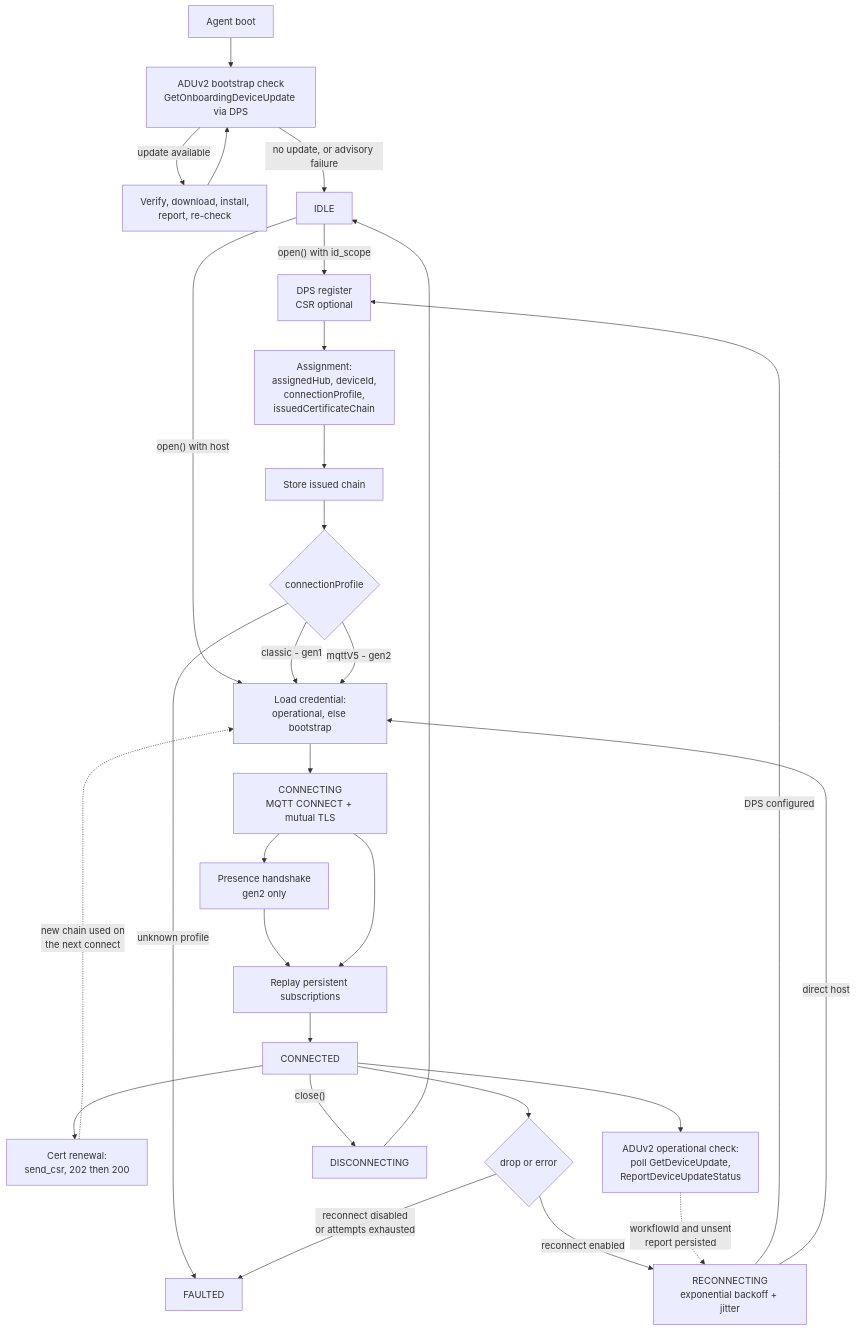
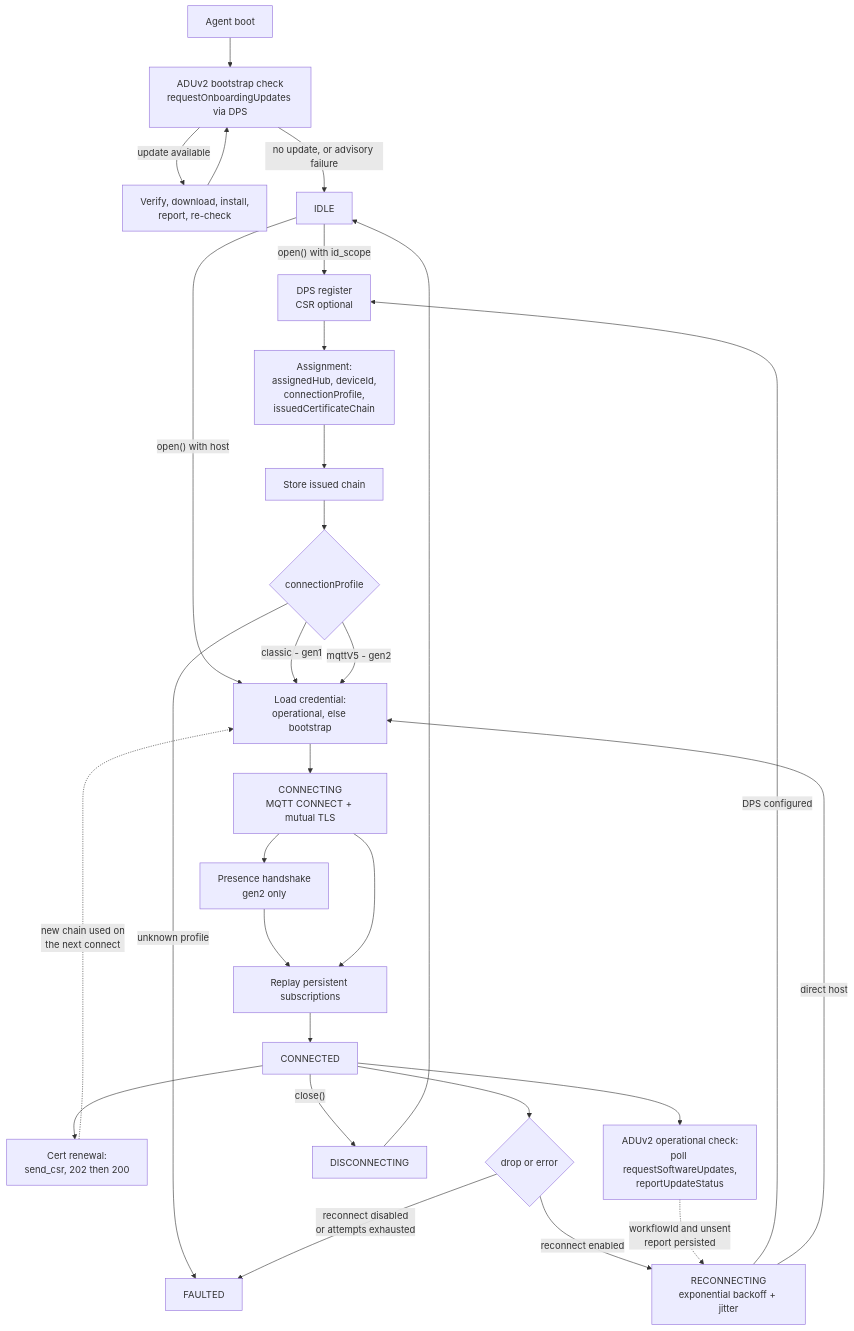
Before and after one commit to Azure/azure-iot-sdk: the ninth of 9 diagrams in c/docs/connection.md, drawn with Mermaid. The commit also changed other lines of this file and 3 other files, not shown here.

````diff
--- a/c/docs/connection.md
+++ b/c/docs/connection.md
@@ -506,36 +510,36 @@
 ```mermaid
 flowchart TB
-    BOOT["Agent boot"] --> BCHK["ADUv2 bootstrap check<br/>GetOnboardingDeviceUpdate via DPS"]
+    BOOT["Agent boot"] --> BCHK["ADUv2 bootstrap check<br/>requestOnboardingUpdates via DPS"]
     BCHK -->|"update available"| BINST["Verify, download, install,<br/>report, re-check"]
     BINST --> BCHK
     BCHK -->|"no update, or advisory failure"| IDLE["IDLE"]
 
     IDLE -->|"open() with id_scope"| REG["DPS register<br/>CSR optional"]
     IDLE -->|"open() with host"| CRED
 
     REG --> ASSIGN["Assignment:<br/>assignedHub, deviceId,<br/>connectionProfile,<br/>issuedCertificateChain"]
     ASSIGN --> STORE1["Store issued chain"]
     STORE1 --> PROFILE{"connectionProfile"}
 
     PROFILE -->|"unknown profile"| FAULTED
     PROFILE -->|"classic - gen1"| CRED
     PROFILE -->|"mqttV5 - gen2"| CRED["Load credential:<br/>operational, else bootstrap"]
 
     CRED --> CONNECTING["CONNECTING<br/>MQTT CONNECT + mutual TLS"]
     CONNECTING --> BIRTH["Presence handshake<br/>gen2 only"]
     BIRTH --> SUBS["Replay persistent subscriptions"]
     CONNECTING --> SUBS
     SUBS --> CONNECTED["CONNECTED"]
 
     CONNECTED --> CRENEW["Cert renewal:<br/>send_csr, 202 then 200"]
     CRENEW -.->|"new chain used on<br/>the next connect"| CRED
-    CONNECTED --> ARENEW["ADUv2 operational check:<br/>poll GetDeviceUpdate,<br/>ReportDeviceUpdateStatus"]
+    CONNECTED --> ARENEW["ADUv2 operational check:<br/>poll requestSoftwareUpdates,<br/>reportUpdateStatus"]
 
     CONNECTED -->|"close()"| DISC["DISCONNECTING"] --> IDLE
     CONNECTED --> DROP{"drop or error"}
     DROP -->|"reconnect disabled<br/>or attempts exhausted"| FAULTED["FAULTED"]
     DROP -->|"reconnect enabled"| RECON["RECONNECTING<br/>exponential backoff + jitter"]
     RECON -->|"DPS configured"| REG
     RECON -->|"direct host"| CRED
     ARENEW -.->|"workflowId and unsent<br/>report persisted"| RECON
 ```
````
